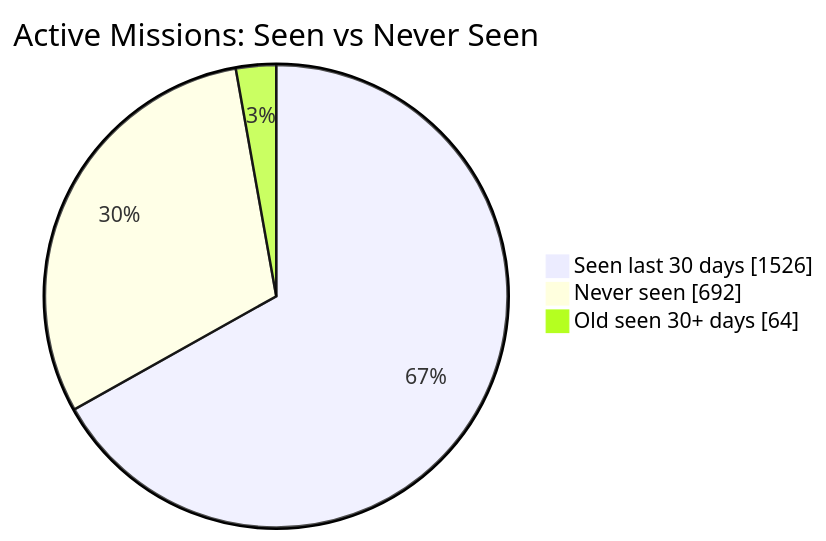
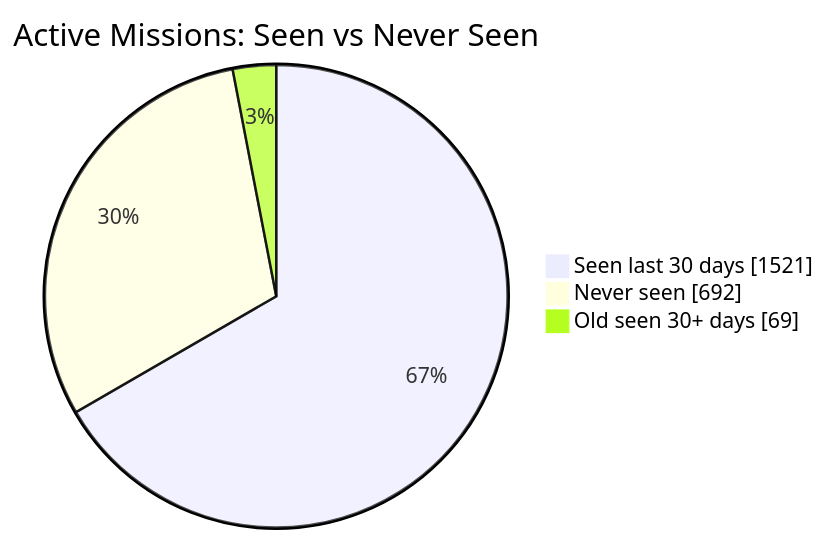
The first of 2 diagrams in README.md (MeldkamerspelGameTeam/active-missions), drawn with Mermaid before and after one commit. The commit also changed other lines of this file and 2 other files, not shown here.

````diff
--- a/README.md
+++ b/README.md
@@ -34,7 +34,7 @@
 ```mermaid
 pie showData
     title Active Missions: Seen vs Never Seen
-    "Seen last 30 days" : 1526
+    "Seen last 30 days" : 1521
     "Never seen" : 692
-    "Old seen 30+ days" : 64
+    "Old seen 30+ days" : 69
 ```
````
